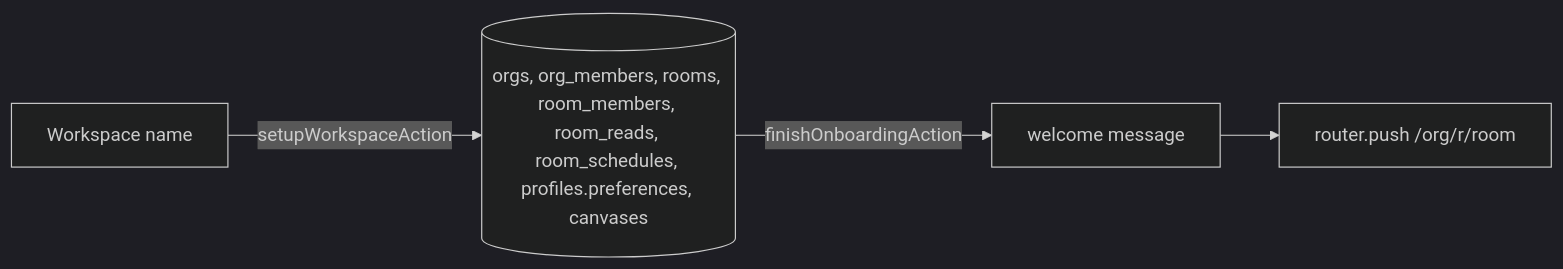
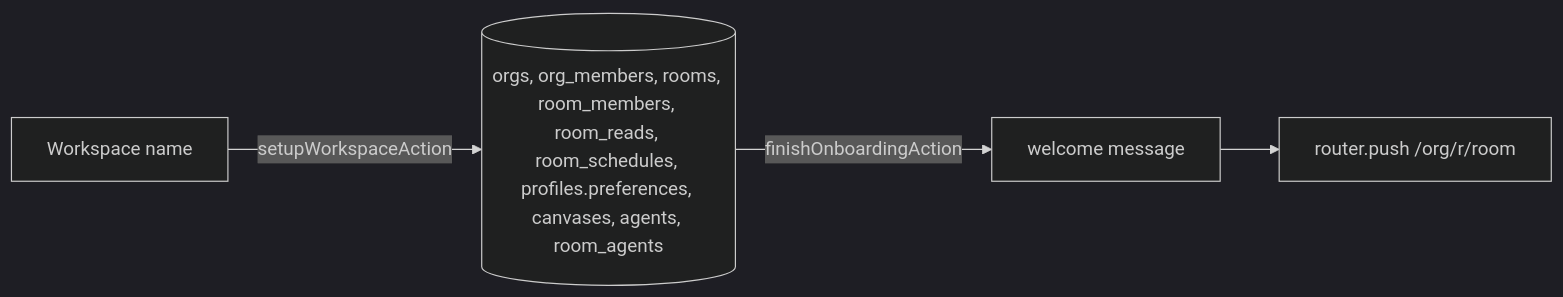
The diagram in docs/reference/web/pages/onboarding.md (anurag3407/sayabot), drawn with Mermaid (dark theme) before and after one commit. The commit also changed other lines of this file and 20 other files, not shown here.

````diff
--- a/docs/reference/web/pages/onboarding.md
+++ b/docs/reference/web/pages/onboarding.md
@@ -22,6 +22,6 @@
 ```mermaid
 flowchart LR
-    Form[Workspace name] -->|setupWorkspaceAction| DB[(orgs, org_members, rooms, room_members, room_reads, room_schedules, profiles.preferences, canvases)]
+    Form[Workspace name] -->|setupWorkspaceAction| DB[(orgs, org_members, rooms, room_members, room_reads, room_schedules, profiles.preferences, canvases, agents, room_agents)]
     DB -->|finishOnboardingAction| Q[welcome message]
     Q --> R[router.push /org/r/room]
 ```
````
